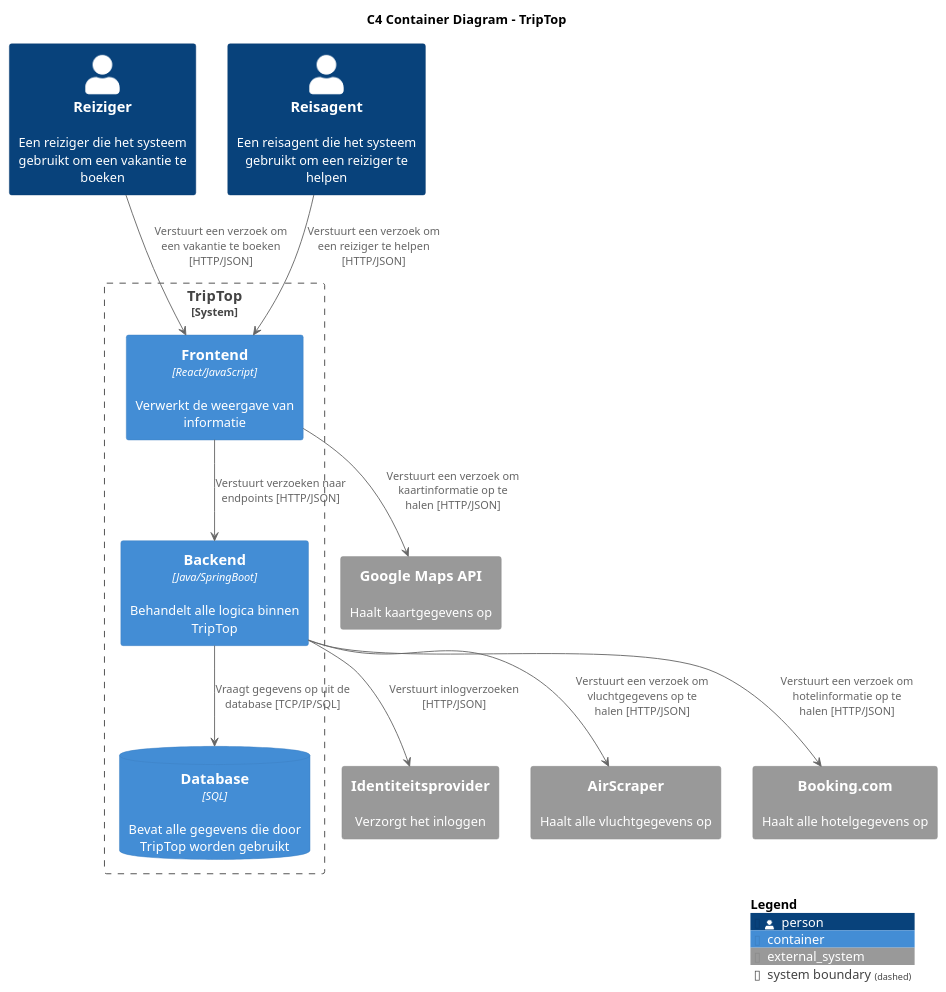
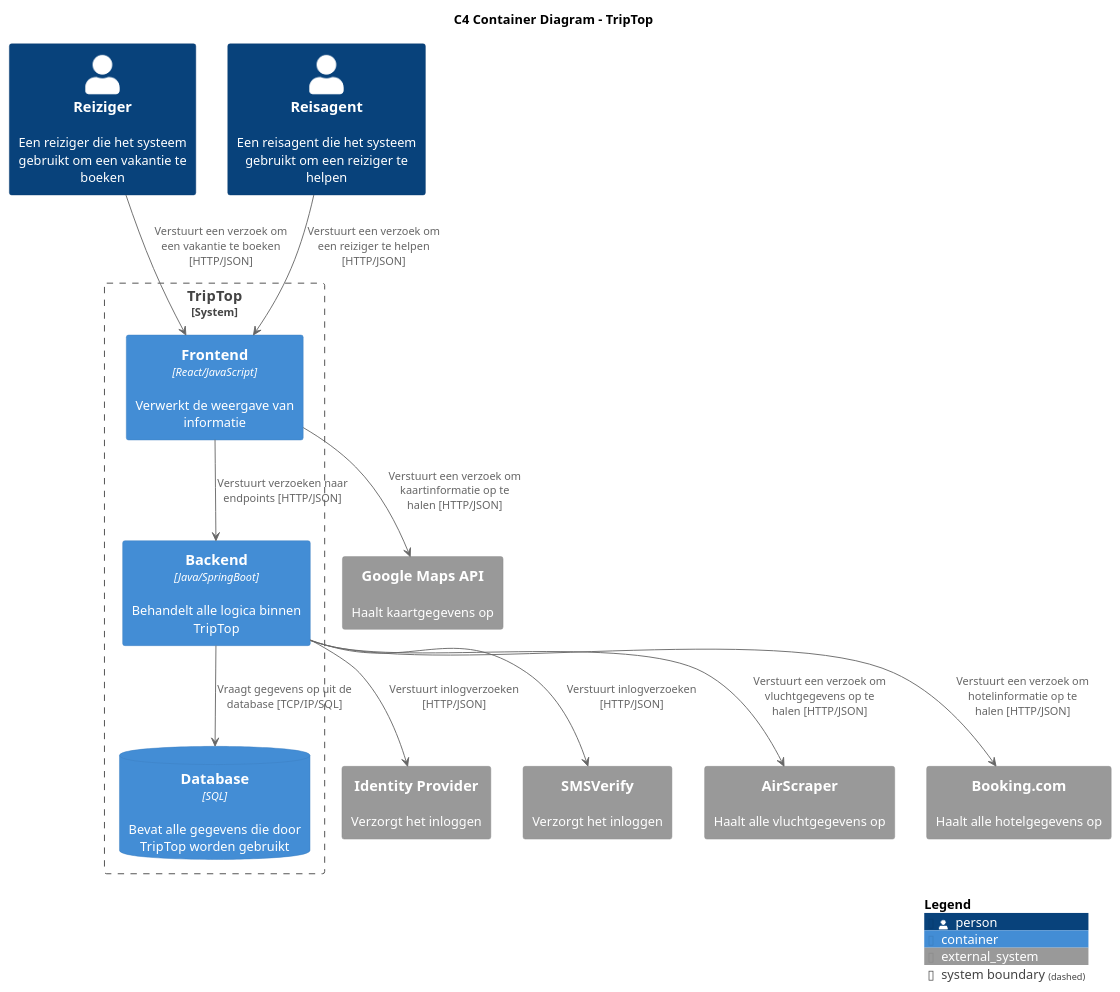
One commit to AIM-ENE-feb25/triptop-groep-b4 changed the diagram in C4_diagrammen/Container-diagram-TripTop.puml. Above: the diagram before and after it, drawn with PlantUML. The commit also changed 6 other files, not shown here.

Commit message:
Add SMS verify to C4 diagrams

```diff
--- a/C4_diagrammen/Container-diagram-TripTop.puml
+++ b/C4_diagrammen/Container-diagram-TripTop.puml
@@ -1,31 +1,33 @@
 @startuml
 
 !include https://raw.githubusercontent.com/plantuml-stdlib/C4-PlantUML/master/C4_Container.puml
 
 title C4 Container Diagram - TripTop
 
 Person(Reiziger, "Reiziger", "Een reiziger die het systeem gebruikt om een vakantie te boeken")
 Person(Reisagent, "Reisagent", "Een reisagent die het systeem gebruikt om een reiziger te helpen")
 
 System_Boundary(TripTop, "TripTop") {
     Container(Frontend, "Frontend", "React/JavaScript", "Verwerkt de weergave van informatie")
     Container(Backend, "Backend", "Java/SpringBoot", "Behandelt alle logica binnen TripTop")
     ContainerDb(Database, "Database", "SQL", "Bevat alle gegevens die door TripTop worden gebruikt")
 }
 
-System_Ext(Identiteitsprovider, "Identiteitsprovider", "Verzorgt het inloggen")
+System_Ext(IdentityProvider, "Identity Provider", "Verzorgt het inloggen")
+System_Ext(SMSVerify, "SMSVerify", "Verzorgt het inloggen")
 System_Ext(AirScraper, "AirScraper", "Haalt alle vluchtgegevens op")
 System_Ext(BookingCom, "Booking.com", "Haalt alle hotelgegevens op")
 System_Ext(GoogleMapsAPI, "Google Maps API", "Haalt kaartgegevens op")
 
 Backend --> Database : "Vraagt gegevens op uit de database [TCP/IP/SQL]"
 Reiziger --> Frontend: "Verstuurt een verzoek om een vakantie te boeken [HTTP/JSON]"
 Reisagent --> Frontend: "Verstuurt een verzoek om een reiziger te helpen [HTTP/JSON]"
 Frontend --> Backend: "Verstuurt verzoeken naar endpoints [HTTP/JSON]"
 Frontend --> GoogleMapsAPI: "Verstuurt een verzoek om kaartinformatie op te halen [HTTP/JSON]"
-Backend --> Identiteitsprovider: "Verstuurt inlogverzoeken [HTTP/JSON]"
+Backend --> IdentityProvider: "Verstuurt inlogverzoeken [HTTP/JSON]"
+Backend --> SMSVerify: "Verstuurt inlogverzoeken [HTTP/JSON]"
 Backend --> AirScraper: "Verstuurt een verzoek om vluchtgegevens op te halen [HTTP/JSON]"
 Backend --> BookingCom: "Verstuurt een verzoek om hotelinformatie op te halen [HTTP/JSON]"
 
 SHOW_LEGEND(true)
 @enduml
```
